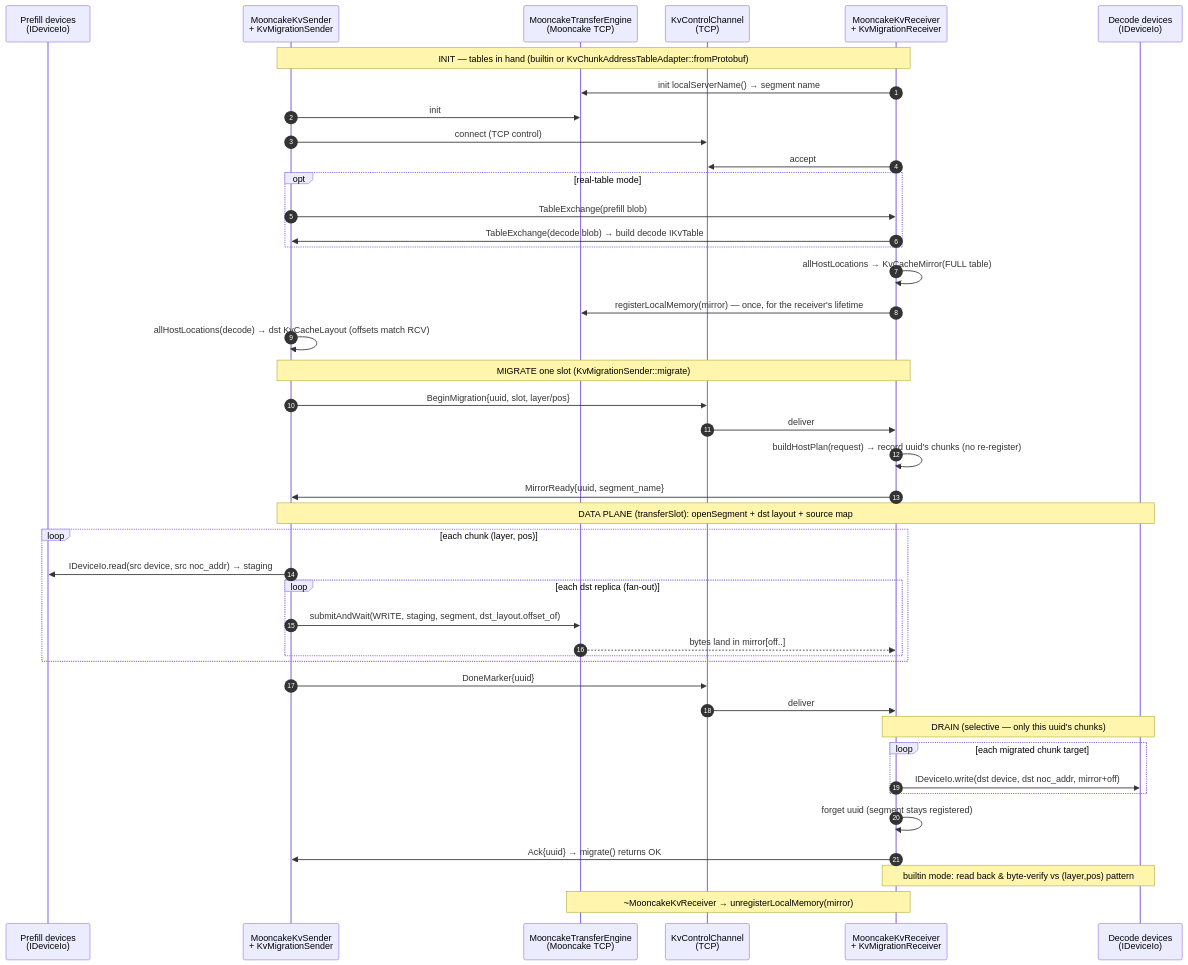
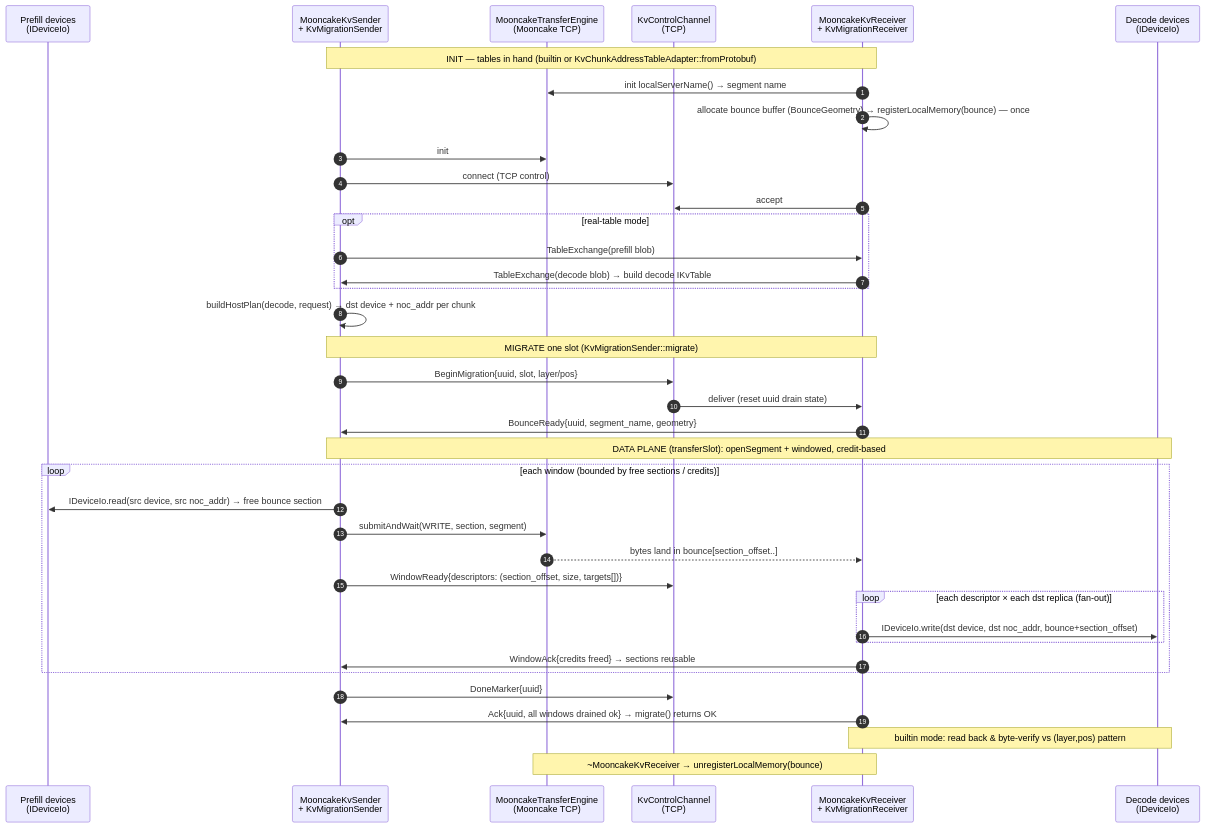
The diagram in tt-media-server/cpp_server/src/transport/README.md (tenstorrent/tt-inference-server), drawn with Mermaid before and after one commit. The commit also changed other lines of this file and 63 other files, not shown here.

````diff
--- a/tt-media-server/cpp_server/src/transport/README.md
+++ b/tt-media-server/cpp_server/src/transport/README.md
@@ -105,50 +113,44 @@
 ```mermaid
 sequenceDiagram
     autonumber
     participant SRC as Prefill devices<br/>(IDeviceIo)
     participant SND as MooncakeKvSender<br/>+ KvMigrationSender
     participant ENG as MooncakeTransferEngine<br/>(Mooncake TCP)
     participant CC as KvControlChannel<br/>(TCP)
     participant RCV as MooncakeKvReceiver<br/>+ KvMigrationReceiver
     participant DST as Decode devices<br/>(IDeviceIo)
 
     Note over SND,RCV: INIT — tables in hand (builtin or KvChunkAddressTableAdapter::fromProtobuf)
     RCV->>ENG: init localServerName() → segment name
+    RCV->>RCV: allocate bounce buffer (BounceGeometry) → registerLocalMemory(bounce) — once
     SND->>ENG: init
     SND->>CC: connect (TCP control)
     RCV->>CC: accept
     opt real-table mode
         SND->>RCV: TableExchange(prefill blob)
         RCV->>SND: TableExchange(decode blob) → build decode IKvTable
     end
-    RCV->>RCV: allHostLocations → KvCacheMirror(FULL table)
-    RCV->>ENG: registerLocalMemory(mirror) — once, for the receiver's lifetime
-    SND->>SND: allHostLocations(decode) → dst KvCacheLayout (offsets match RCV)
+    SND->>SND: buildHostPlan(decode, request) → dst device + noc_addr per chunk
 
     Note over SND,RCV: MIGRATE one slot (KvMigrationSender::migrate)
     SND->>CC: BeginMigration{uuid, slot, layer/pos}
-    CC->>RCV: deliver
-    RCV->>RCV: buildHostPlan(request) → record uuid's chunks (no re-register)
-    RCV->>SND: MirrorReady{uuid, segment_name}
+    CC->>RCV: deliver (reset uuid drain state)
+    RCV->>SND: BounceReady{uuid, segment_name, geometry}
 
-    Note over SND,DST: DATA PLANE (transferSlot): openSegment + dst layout + source map
-    loop each chunk (layer, pos)
-        SND->>SRC: IDeviceIo.read(src device, src noc_addr) → staging
-        loop each dst replica (fan-out)
-            SND->>ENG: submitAndWait(WRITE, staging, segment, dst_layout.offset_of)
-            ENG-->>RCV: bytes land in mirror[off..]
+    Note over SND,DST: DATA PLANE (transferSlot): openSegment + windowed, credit-based
+    loop each window (bounded by free sections / credits)
+        SND->>SRC: IDeviceIo.read(src device, src noc_addr) → free bounce section
+        SND->>ENG: submitAndWait(WRITE, section, segment)
+        ENG-->>RCV: bytes land in bounce[section_offset..]
+        SND->>CC: WindowReady{descriptors: (section_offset, size, targets[])}
+        loop each descriptor × each dst replica (fan-out)
+            RCV->>DST: IDeviceIo.write(dst device, dst noc_addr, bounce+section_offset)
         end
+        RCV->>SND: WindowAck{credits freed} → sections reusable
     end
 
     SND->>CC: DoneMarker{uuid}
-    CC->>RCV: deliver
-
-    Note over RCV,DST: DRAIN (selective — only this uuid's chunks)
-    loop each migrated chunk target
-        RCV->>DST: IDeviceIo.write(dst device, dst noc_addr, mirror+off)
-    end
-    RCV->>RCV: forget uuid (segment stays registered)
-    RCV->>SND: Ack{uuid} → migrate() returns OK
+    RCV->>SND: Ack{uuid, all windows drained ok} → migrate() returns OK
     Note over RCV,DST: builtin mode: read back & byte-verify vs (layer,pos) pattern
-    Note over RCV,ENG: ~MooncakeKvReceiver → unregisterLocalMemory(mirror)
+    Note over RCV,ENG: ~MooncakeKvReceiver → unregisterLocalMemory(bounce)
 ```
````
